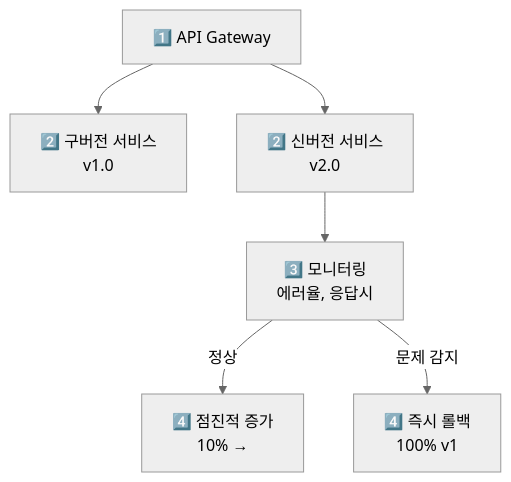
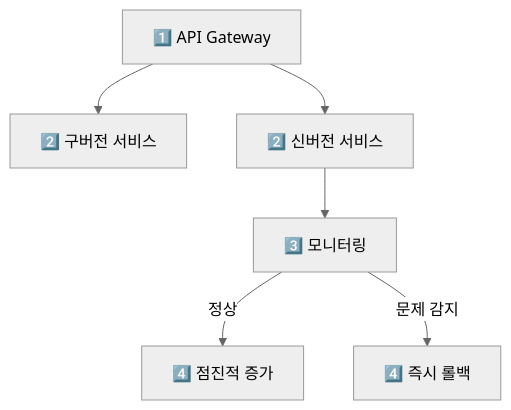
One commit to yjkim2015/yjkim2015.github.io changed diagram 13 of 15 in _posts/architecture/2026-05-02-msa-deep.md. Above: the diagram before and after it, drawn with Mermaid (neutral theme). The commit also changed other lines of this file and 217 other files, not shown here.

First line of the commit message:
Mermaid 크기 수정: useMaxWidth:true + SVG max-width:100% + 라벨 축소

````diff
--- a/_posts/architecture/2026-05-02-msa-deep.md
+++ b/_posts/architecture/2026-05-02-msa-deep.md
@@ -451,8 +451,8 @@
 ```mermaid
 graph TD
-    AG["1️⃣ API Gateway"] --> Old["2️⃣ 구버전 서비스\nv1.0"]
-    AG --> New["2️⃣ 신버전 서비스\nv2.0"]
-    New --> Monitor["3️⃣ 모니터링\n에러율, 응답시"]
-    Monitor -->|"정상"| Rollout["4️⃣ 점진적 증가\n10% →"]
-    Monitor -->|"문제 감지"| Rollback["4️⃣ 즉시 롤백\n100% v1"]
+    AG["1️⃣ API Gateway"] --> Old["2️⃣ 구버전 서비스"]
+    AG --> New["2️⃣ 신버전 서비스"]
+    New --> Monitor["3️⃣ 모니터링"]
+    Monitor -->|"정상"| Rollout["4️⃣ 점진적 증가"]
+    Monitor -->|"문제 감지"| Rollback["4️⃣ 즉시 롤백"]
 ```
````
